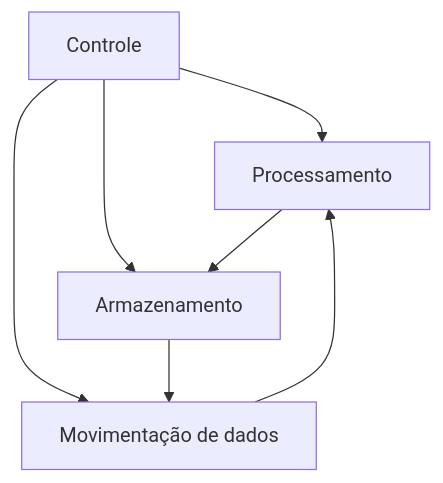
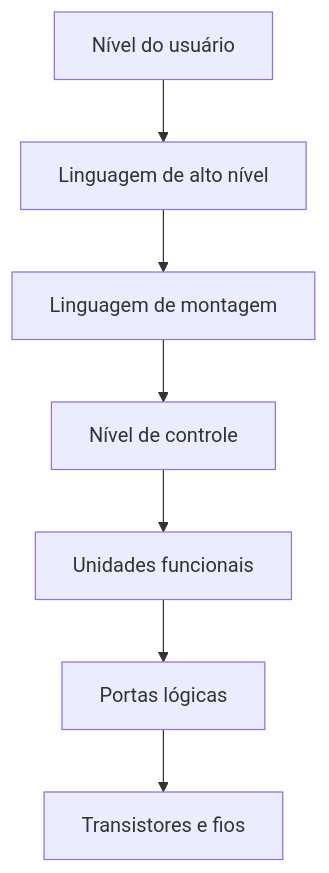
One commit to matheus046z/CompSci-UCB changed the second of 9 diagrams in content/MOD 2/SISCOMP/02 Unidades/Unidade 1/Leitura 1.2/Resumos/SISCOMP-1.2-Resumo.md. Above: the diagram before and after it, drawn with Mermaid. The commit also changed other lines of this file, not shown here.

````diff
--- a/content/MOD 2/SISCOMP/02 Unidades/Unidade 1/Leitura 1.2/Resumos/SISCOMP-1.2-Resumo.md
+++ b/content/MOD 2/SISCOMP/02 Unidades/Unidade 1/Leitura 1.2/Resumos/SISCOMP-1.2-Resumo.md
@@ -47,15 +67,12 @@
 ```mermaid
 flowchart TD
-    C[Controle]
-    P[Processamento]
-    A[Armazenamento]
-    M[Movimentação de dados]
+    A[Nível do usuário]
+    B[Linguagem de alto nível]
+    C[Linguagem de montagem]
+    D[Nível de controle]
+    E[Unidades funcionais]
+    F[Portas lógicas]
+    G[Transistores e fios]
 
-    C --> P
-    C --> A
-    C --> M
-
-    M --> P
-    P --> A
-    A --> M
+    A --> B --> C --> D --> E --> F --> G
 ```
````
